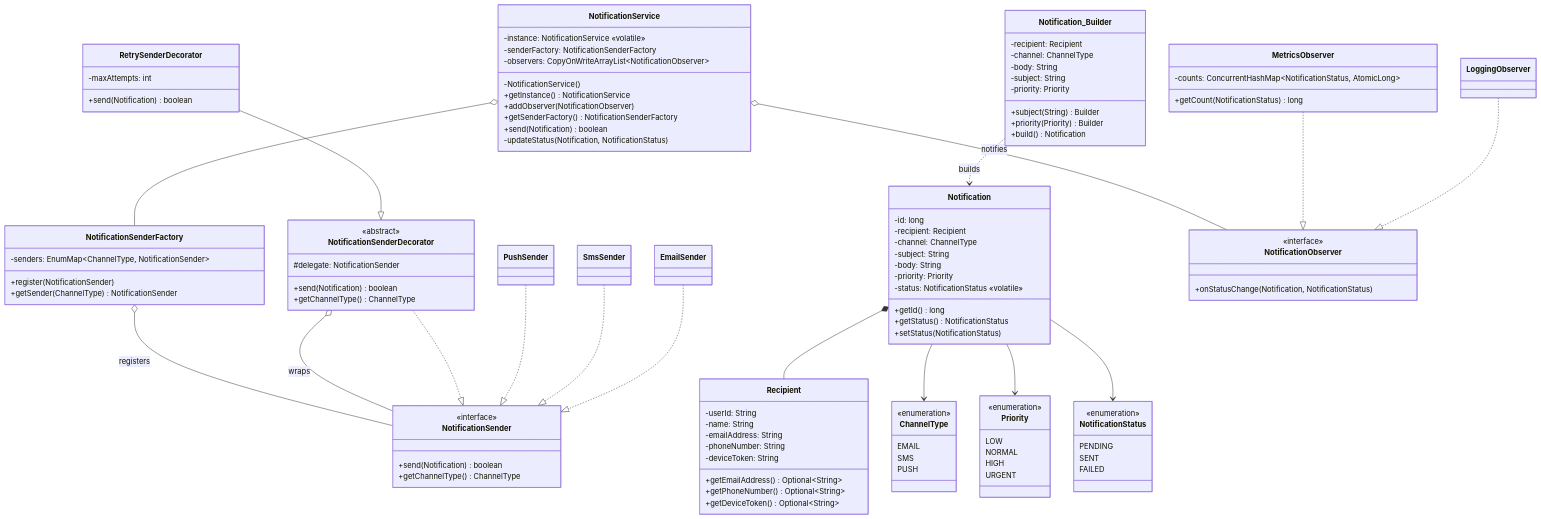
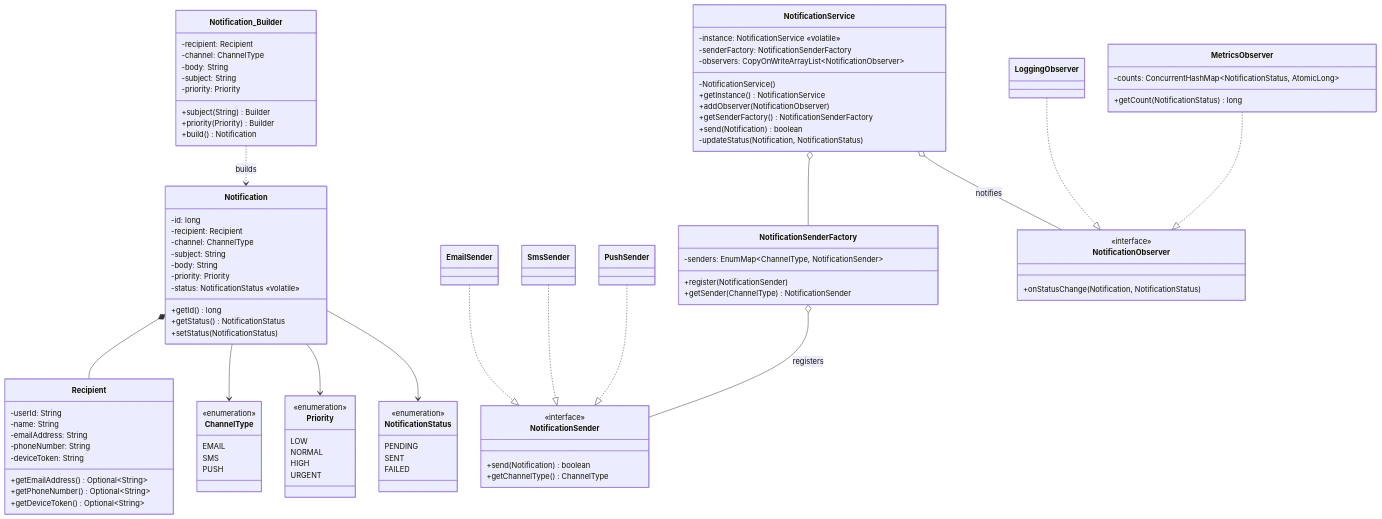
The diagram in notification-service/README.md (Shivam798/LLD-IQ), drawn with Mermaid before and after one commit. The commit also changed other lines of this file and 6 other files, not shown here.

First line of the commit message:
Remove Decorator pattern from notification-service

```diff
--- a/notification-service/README.md
+++ b/notification-service/README.md
@@ -118,18 +113,6 @@
         +getSender(ChannelType) NotificationSender
     }
 
-    class NotificationSenderDecorator {
-        <<abstract>>
-        #delegate: NotificationSender
-        +send(Notification) boolean
-        +getChannelType() ChannelType
-    }
-
-    class RetrySenderDecorator {
-        -maxAttempts: int
-        +send(Notification) boolean
-    }
-
     class NotificationObserver {
         <<interface>>
         +onStatusChange(Notification, NotificationStatus)
@@ -164,9 +147,6 @@
     EmailSender ..|> NotificationSender
     SmsSender ..|> NotificationSender
     PushSender ..|> NotificationSender
-    NotificationSenderDecorator ..|> NotificationSender
-    RetrySenderDecorator --|> NotificationSenderDecorator
-    NotificationSenderDecorator o-- NotificationSender : wraps
     LoggingObserver ..|> NotificationObserver
     MetricsObserver ..|> NotificationObserver
 
```
